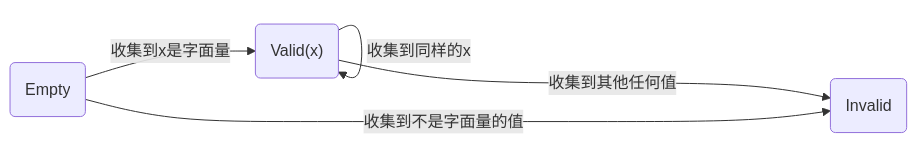
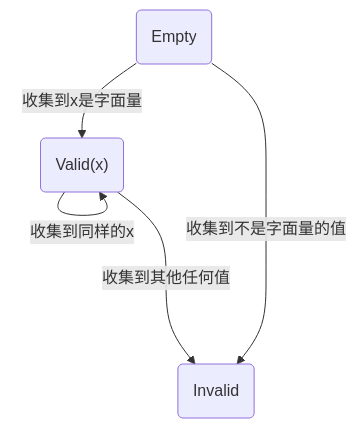
The diagram in docs/literal-collector.md (KermanX/tree-shaker), drawn with Mermaid before and after one commit. The commit also changed 2 other files, not shown here.

````diff
--- a/docs/literal-collector.md
+++ b/docs/literal-collector.md
@@ -9,7 +9,7 @@
 ```mermaid
-graph LR;
+graph TB;
 A(Empty) -->|收集到x是字面量| B("Valid(x)")
 B -->|收集到同样的x| B
 B --->|收集到其他任何值| C(Invalid)
 A --->|收集到不是字面量的值| C
 ```
````
